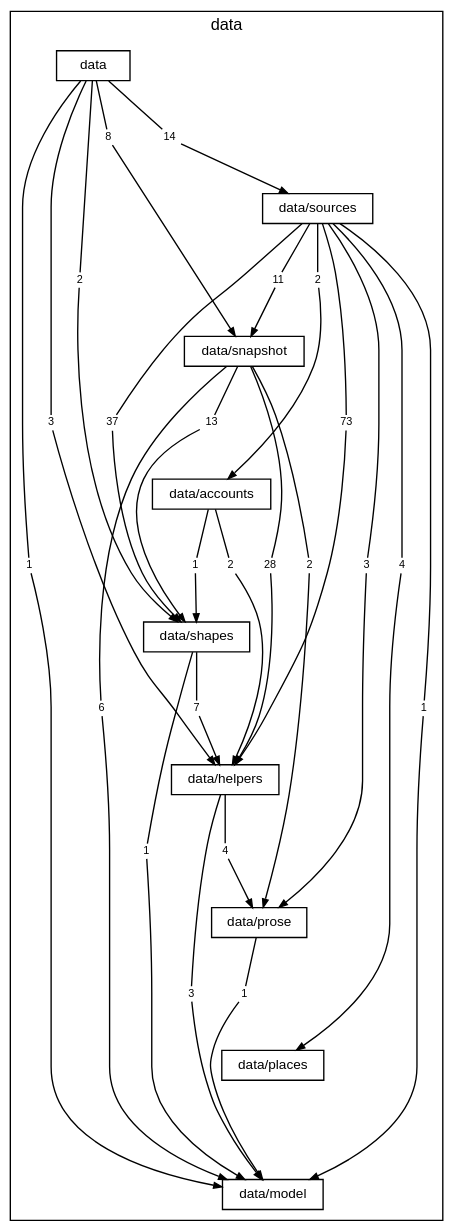
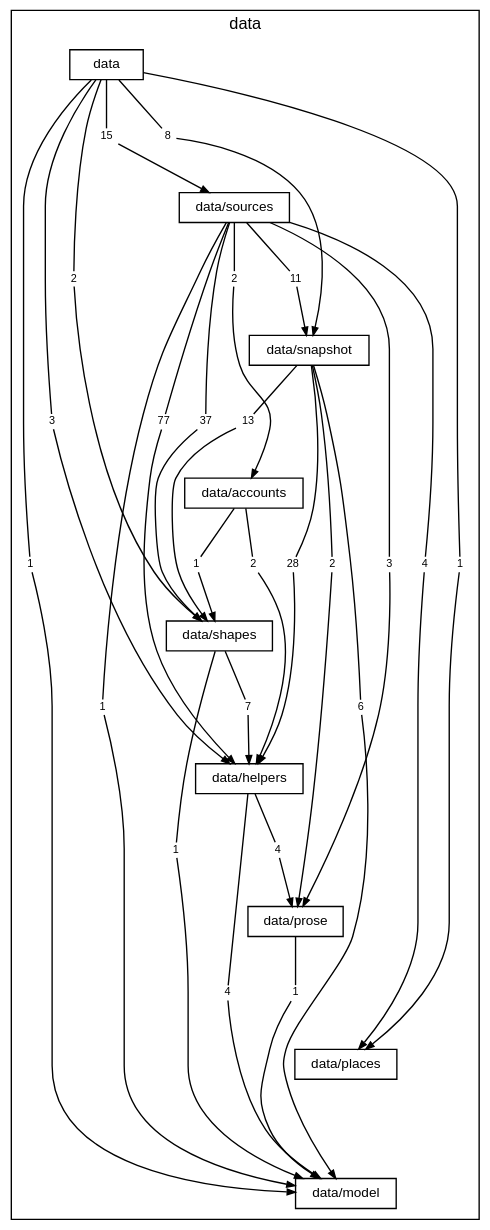
One commit to TheAxeC/oculus changed the diagram in docs/diagrams/layer-data.dot. Above: the diagram before and after it, drawn with Graphviz. The commit also changed 170 other files, not shown here.

```diff
--- a/docs/diagrams/layer-data.dot
+++ b/docs/diagrams/layer-data.dot
@@ -1,94 +1,97 @@
 digraph layer_data {
     graph [bgcolor="transparent", rankdir=TB, newrank=true, mclimit=4, fontname="Helvetica", fontsize=12, nodesep=0.2, ranksep=0.5];
     node [shape=box, color="black", fontcolor="black", fontname="Helvetica", fontsize=10, height=0.3, margin="0.12,0.04"];
     edge [color="black", fontcolor="black", fontname="Helvetica", fontsize=8, arrowsize=0.6];
     subgraph "cluster_data" {
         label="data"; style=solid;
         "folder data" [label="data"];
         "folder data/sources" [label="data/sources"];
         "folder data/snapshot" [label="data/snapshot"];
         "folder data/accounts" [label="data/accounts"];
         "folder data/shapes" [label="data/shapes"];
         "folder data/helpers" [label="data/helpers"];
         "folder data/prose" [label="data/prose"];
         "folder data/places" [label="data/places"];
         "folder data/model" [label="data/model"];
         "folder data to folder data/helpers" [label="3", shape=box, color="transparent", fontsize=8, width=0, height=0, margin="0.04,0.02"];
         "folder data to folder data/model" [label="1", shape=box, color="transparent", fontsize=8, width=0, height=0, margin="0.04,0.02"];
+        "folder data to folder data/places" [label="1", shape=box, color="transparent", fontsize=8, width=0, height=0, margin="0.04,0.02"];
         "folder data to folder data/shapes" [label="2", shape=box, color="transparent", fontsize=8, width=0, height=0, margin="0.04,0.02"];
         "folder data to folder data/snapshot" [label="8", shape=box, color="transparent", fontsize=8, width=0, height=0, margin="0.04,0.02"];
-        "folder data to folder data/sources" [label="14", shape=box, color="transparent", fontsize=8, width=0, height=0, margin="0.04,0.02"];
+        "folder data to folder data/sources" [label="15", shape=box, color="transparent", fontsize=8, width=0, height=0, margin="0.04,0.02"];
         "folder data/sources to folder data/accounts" [label="2", shape=box, color="transparent", fontsize=8, width=0, height=0, margin="0.04,0.02"];
-        "folder data/sources to folder data/helpers" [label="73", shape=box, color="transparent", fontsize=8, width=0, height=0, margin="0.04,0.02"];
+        "folder data/sources to folder data/helpers" [label="77", shape=box, color="transparent", fontsize=8, width=0, height=0, margin="0.04,0.02"];
         "folder data/sources to folder data/model" [label="1", shape=box, color="transparent", fontsize=8, width=0, height=0, margin="0.04,0.02"];
         "folder data/sources to folder data/places" [label="4", shape=box, color="transparent", fontsize=8, width=0, height=0, margin="0.04,0.02"];
         "folder data/sources to folder data/prose" [label="3", shape=box, color="transparent", fontsize=8, width=0, height=0, margin="0.04,0.02"];
         "folder data/sources to folder data/shapes" [label="37", shape=box, color="transparent", fontsize=8, width=0, height=0, margin="0.04,0.02"];
         "folder data/sources to folder data/snapshot" [label="11", shape=box, color="transparent", fontsize=8, width=0, height=0, margin="0.04,0.02"];
         "folder data/snapshot to folder data/helpers" [label="28", shape=box, color="transparent", fontsize=8, width=0, height=0, margin="0.04,0.02"];
         "folder data/snapshot to folder data/model" [label="6", shape=box, color="transparent", fontsize=8, width=0, height=0, margin="0.04,0.02"];
         "folder data/snapshot to folder data/prose" [label="2", shape=box, color="transparent", fontsize=8, width=0, height=0, margin="0.04,0.02"];
         "folder data/snapshot to folder data/shapes" [label="13", shape=box, color="transparent", fontsize=8, width=0, height=0, margin="0.04,0.02"];
         "folder data/accounts to folder data/helpers" [label="2", shape=box, color="transparent", fontsize=8, width=0, height=0, margin="0.04,0.02"];
         "folder data/accounts to folder data/shapes" [label="1", shape=box, color="transparent", fontsize=8, width=0, height=0, margin="0.04,0.02"];
         "folder data/shapes to folder data/helpers" [label="7", shape=box, color="transparent", fontsize=8, width=0, height=0, margin="0.04,0.02"];
         "folder data/shapes to folder data/model" [label="1", shape=box, color="transparent", fontsize=8, width=0, height=0, margin="0.04,0.02"];
-        "folder data/helpers to folder data/model" [label="3", shape=box, color="transparent", fontsize=8, width=0, height=0, margin="0.04,0.02"];
+        "folder data/helpers to folder data/model" [label="4", shape=box, color="transparent", fontsize=8, width=0, height=0, margin="0.04,0.02"];
         "folder data/helpers to folder data/prose" [label="4", shape=box, color="transparent", fontsize=8, width=0, height=0, margin="0.04,0.02"];
         "folder data/prose to folder data/model" [label="1", shape=box, color="transparent", fontsize=8, width=0, height=0, margin="0.04,0.02"];
     }
     "folder data" -> "folder data/sources" [style=invis, weight=10, minlen=2];
     "folder data/sources" -> "folder data/snapshot" [style=invis, weight=10, minlen=2];
     "folder data/snapshot" -> "folder data/accounts" [style=invis, weight=10, minlen=2];
     "folder data/accounts" -> "folder data/shapes" [style=invis, weight=10, minlen=2];
     "folder data/shapes" -> "folder data/helpers" [style=invis, weight=10, minlen=2];
     "folder data/helpers" -> "folder data/prose" [style=invis, weight=10, minlen=2];
     "folder data/prose" -> "folder data/places" [style=invis, weight=10, minlen=2];
     "folder data/places" -> "folder data/model" [style=invis, weight=10, minlen=2];
     "folder data" -> "folder data to folder data/helpers" [arrowhead=none, minlen=5, weight=10];
     "folder data to folder data/helpers" -> "folder data/helpers" [];
     "folder data" -> "folder data to folder data/model" [arrowhead=none, minlen=7, weight=10];
     "folder data to folder data/model" -> "folder data/model" [];
+    "folder data" -> "folder data to folder data/places" [arrowhead=none, minlen=7, weight=10];
+    "folder data to folder data/places" -> "folder data/places" [];
     "folder data" -> "folder data to folder data/shapes" [arrowhead=none, minlen=3, weight=10];
     "folder data to folder data/shapes" -> "folder data/shapes" [];
     "folder data" -> "folder data to folder data/snapshot" [arrowhead=none, minlen=1, weight=10];
     "folder data to folder data/snapshot" -> "folder data/snapshot" [];
     "folder data" -> "folder data to folder data/sources" [arrowhead=none, minlen=1, weight=10];
     "folder data to folder data/sources" -> "folder data/sources" [];
     "folder data/sources" -> "folder data/sources to folder data/accounts" [arrowhead=none, minlen=1, weight=10];
     "folder data/sources to folder data/accounts" -> "folder data/accounts" [];
     "folder data/sources" -> "folder data/sources to folder data/helpers" [arrowhead=none, minlen=3, weight=10];
     "folder data/sources to folder data/helpers" -> "folder data/helpers" [];
     "folder data/sources" -> "folder data/sources to folder data/model" [arrowhead=none, minlen=7, weight=10];
     "folder data/sources to folder data/model" -> "folder data/model" [];
     "folder data/sources" -> "folder data/sources to folder data/places" [arrowhead=none, minlen=5, weight=10];
     "folder data/sources to folder data/places" -> "folder data/places" [];
     "folder data/sources" -> "folder data/sources to folder data/prose" [arrowhead=none, minlen=5, weight=10];
     "folder data/sources to folder data/prose" -> "folder data/prose" [];
     "folder data/sources" -> "folder data/sources to folder data/shapes" [arrowhead=none, minlen=3, weight=10];
     "folder data/sources to folder data/shapes" -> "folder data/shapes" [];
     "folder data/sources" -> "folder data/sources to folder data/snapshot" [arrowhead=none, minlen=1, weight=10];
     "folder data/sources to folder data/snapshot" -> "folder data/snapshot" [];
     "folder data/snapshot" -> "folder data/snapshot to folder data/helpers" [arrowhead=none, minlen=3, weight=10];
     "folder data/snapshot to folder data/helpers" -> "folder data/helpers" [];
     "folder data/snapshot" -> "folder data/snapshot to folder data/model" [arrowhead=none, minlen=5, weight=10];
     "folder data/snapshot to folder data/model" -> "folder data/model" [];
     "folder data/snapshot" -> "folder data/snapshot to folder data/prose" [arrowhead=none, minlen=3, weight=10];
     "folder data/snapshot to folder data/prose" -> "folder data/prose" [];
     "folder data/snapshot" -> "folder data/snapshot to folder data/shapes" [arrowhead=none, minlen=1, weight=10];
     "folder data/snapshot to folder data/shapes" -> "folder data/shapes" [];
     "folder data/accounts" -> "folder data/accounts to folder data/helpers" [arrowhead=none, minlen=1, weight=10];
     "folder data/accounts to folder data/helpers" -> "folder data/helpers" [];
     "folder data/accounts" -> "folder data/accounts to folder data/shapes" [arrowhead=none, minlen=1, weight=10];
     "folder data/accounts to folder data/shapes" -> "folder data/shapes" [];
     "folder data/shapes" -> "folder data/shapes to folder data/helpers" [arrowhead=none, minlen=1, weight=10];
     "folder data/shapes to folder data/helpers" -> "folder data/helpers" [];
     "folder data/shapes" -> "folder data/shapes to folder data/model" [arrowhead=none, minlen=3, weight=10];
     "folder data/shapes to folder data/model" -> "folder data/model" [];
     "folder data/helpers" -> "folder data/helpers to folder data/model" [arrowhead=none, minlen=3, weight=10];
     "folder data/helpers to folder data/model" -> "folder data/model" [];
     "folder data/helpers" -> "folder data/helpers to folder data/prose" [arrowhead=none, minlen=1, weight=10];
     "folder data/helpers to folder data/prose" -> "folder data/prose" [];
     "folder data/prose" -> "folder data/prose to folder data/model" [arrowhead=none, minlen=1, weight=10];
     "folder data/prose to folder data/model" -> "folder data/model" [];
 }
```
